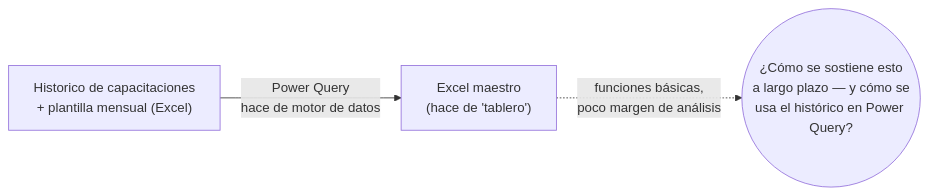
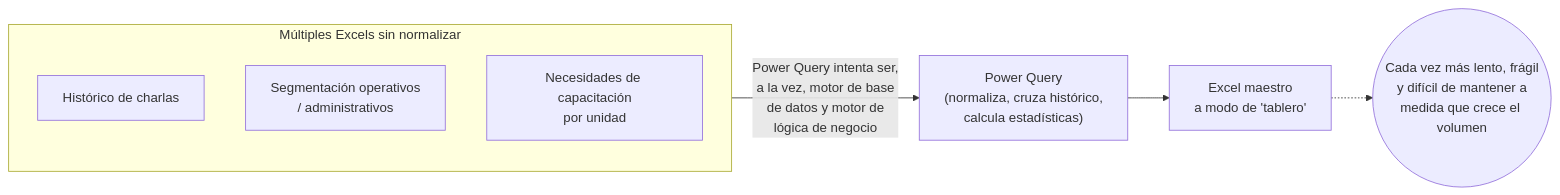
One commit to jminolli-e/case-studies changed the first of 3 diagrams in capacitaciones.db/README.md. Above: the diagram before and after it, drawn with Mermaid. The commit also changed other lines of this file, not shown here.

````diff
--- a/capacitaciones.db/README.md
+++ b/capacitaciones.db/README.md
@@ -38,5 +39,11 @@
 ```mermaid
 flowchart LR
-    A["Historico de capacitaciones<br/>+ plantilla mensual (Excel)"] -->|"Power Query<br/>hace de motor de datos"| B["Excel maestro<br/>(hace de 'tablero')"]
-    B -.->|"funciones básicas,<br/>poco margen de análisis"| P(("¿Cómo se sostiene esto<br/>a largo plazo — y cómo se<br/>usa el histórico en Power Query?"))
+    subgraph Fuentes["Múltiples Excels sin normalizar"]
+        F1["Histórico de charlas"]
+        F2["Segmentación operativos<br/>/ administrativos"]
+        F3["Necesidades de capacitación<br/>por unidad"]
+    end
+    Fuentes -->|"Power Query intenta ser,<br/>a la vez, motor de base<br/>de datos y motor de<br/>lógica de negocio"| PQ["Power Query<br/>(normaliza, cruza histórico,<br/>calcula estadísticas)"]
+    PQ --> TAB["Excel maestro<br/>a modo de 'tablero'"]
+    TAB -.-> P(("Cada vez más lento, frágil<br/>y difícil de mantener a<br/>medida que crece el volumen"))
 ```
````
